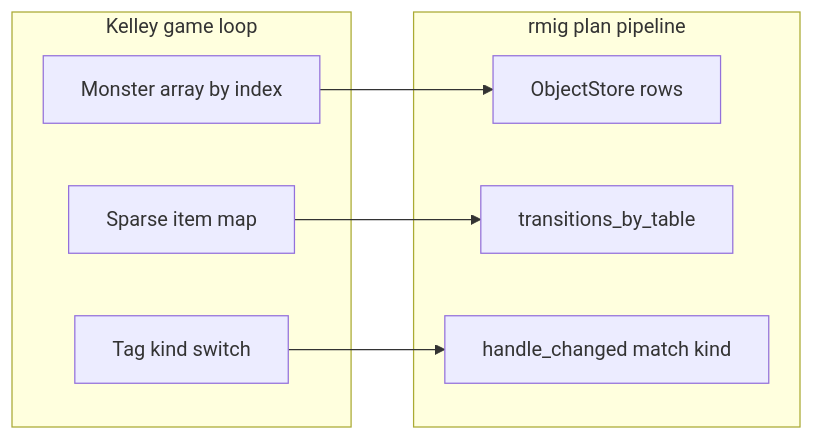
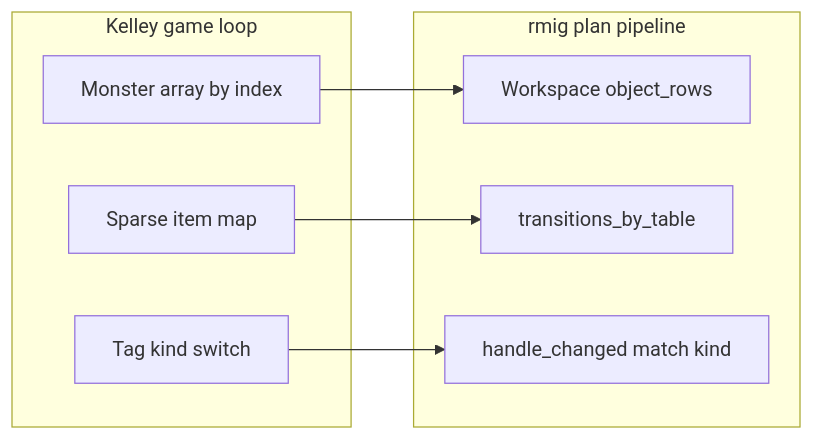
One commit to agredyaev/mssql-migrator changed the second of 3 diagrams in docs/data-oriented-layout-policy.md. Above: the diagram before and after it, drawn with Mermaid. The commit also changed other lines of this file and 39 other files, not shown here.

````diff
--- a/docs/data-oriented-layout-policy.md
+++ b/docs/data-oriented-layout-policy.md
@@ -118,16 +117,16 @@
 ```mermaid
 flowchart LR
   subgraph kelley [Kelley game loop]
     MonsterArr[Monster array by index]
     SparseItems[Sparse item map]
     TagKind[Tag kind switch]
   end
   subgraph rmig [rmig plan pipeline]
-    ObjectStore[ObjectStore rows]
+    ObjectRows[Workspace object_rows]
     Transitions[transitions_by_table]
     HandleChanged[handle_changed match kind]
   end
-  MonsterArr --> ObjectStore
+  MonsterArr --> ObjectRows
   SparseItems --> Transitions
   TagKind --> HandleChanged
 ```
````
